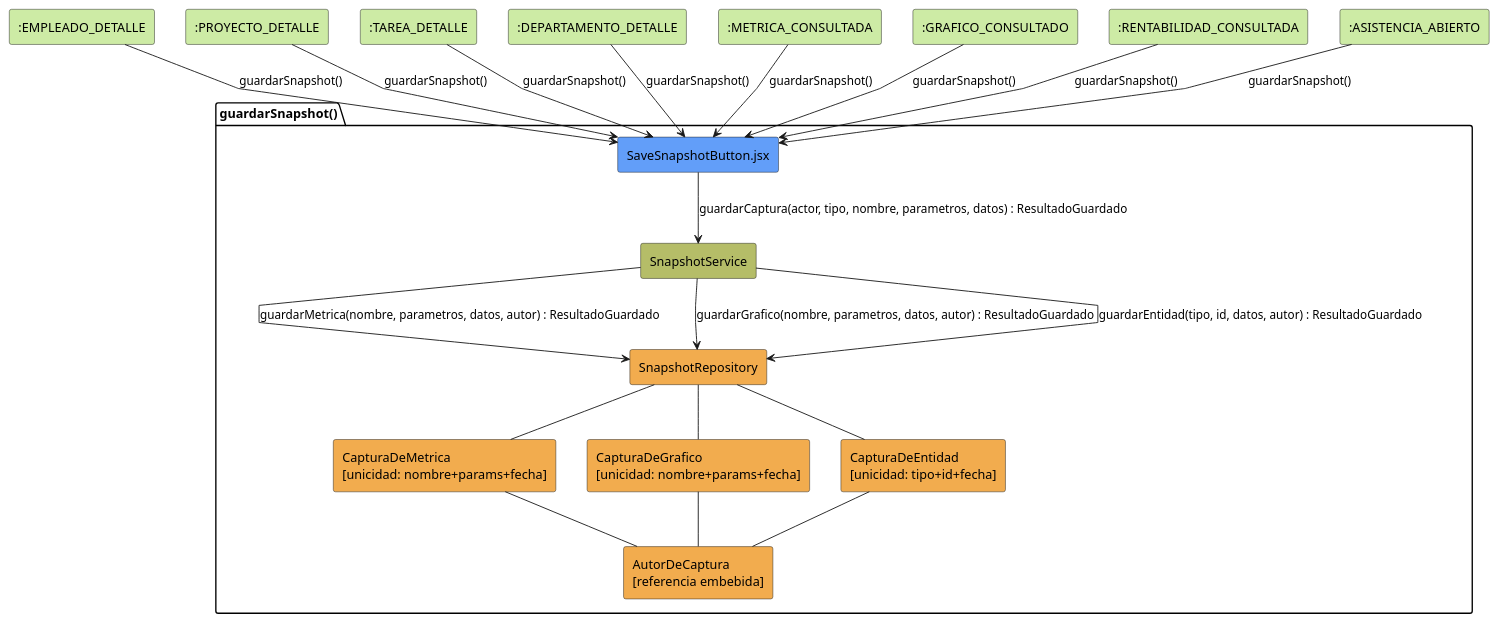
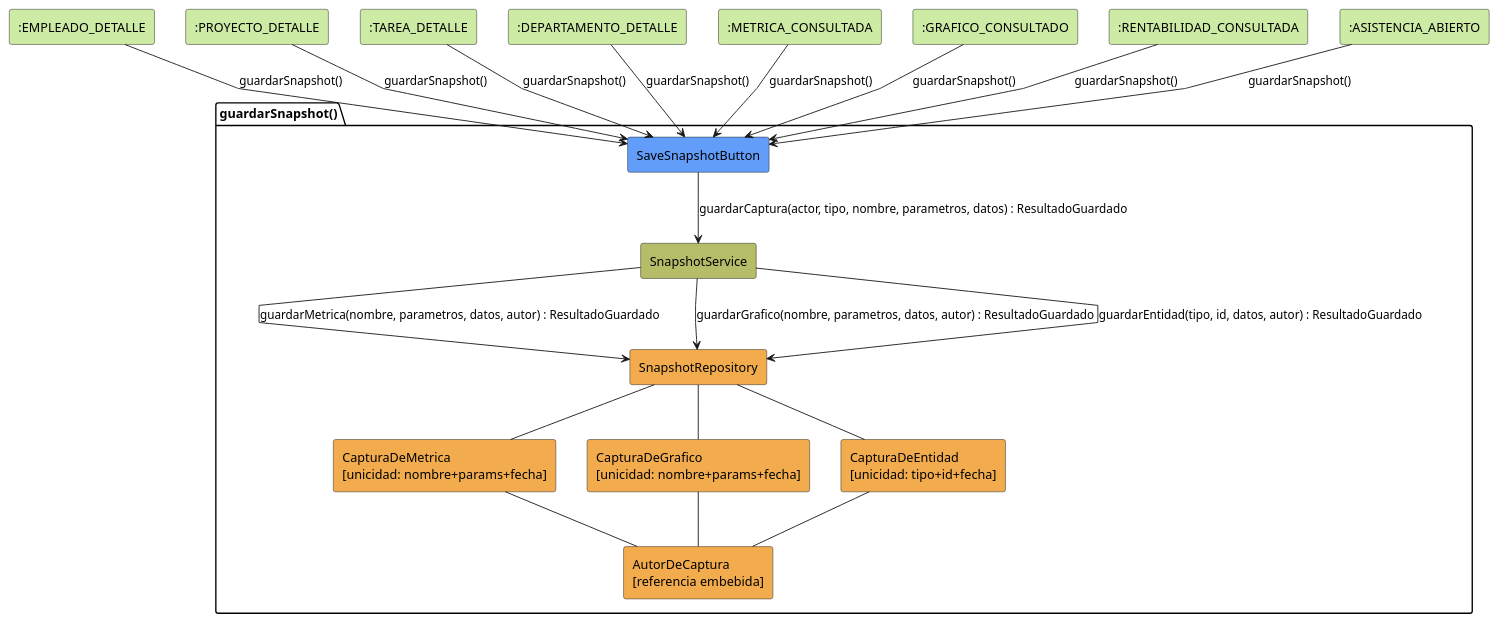
The diagram in Estudiantes/cesar-garcia-eguiguren/Capítulo-3/diagramas/análisis/cu_17.puml (ceesargaarcia/GII-TFG-2026), drawn with PlantUML before and after one commit. The commit also changed 26 other files, not shown here.

```diff
--- a/Estudiantes/cesar-garcia-eguiguren/Capítulo-3/diagramas/análisis/cu_17.puml
+++ b/Estudiantes/cesar-garcia-eguiguren/Capítulo-3/diagramas/análisis/cu_17.puml
@@ -1,43 +1,43 @@
 @startuml CU17-guardarSnapshot-analisis
 skinparam linetype polyline
 
 rectangle #CDEBA5 ":EMPLEADO_DETALLE" as EntradaEmp
 rectangle #CDEBA5 ":PROYECTO_DETALLE" as EntradaProj
 rectangle #CDEBA5 ":TAREA_DETALLE" as EntradaTarea
 rectangle #CDEBA5 ":DEPARTAMENTO_DETALLE" as EntradaDept
 rectangle #CDEBA5 ":METRICA_CONSULTADA" as EntradaMetrica
 rectangle #CDEBA5 ":GRAFICO_CONSULTADO" as EntradaGrafico
 rectangle #CDEBA5 ":RENTABILIDAD_CONSULTADA" as EntradaRent
 rectangle #CDEBA5 ":ASISTENCIA_ABIERTO" as EntradaAsistencia
 
 package "guardarSnapshot()" {
-    rectangle #629EF9 "SaveSnapshotButton.jsx" as View
+    rectangle #629EF9 "SaveSnapshotButton" as View
     rectangle #b5bd68 "SnapshotService" as Service
     rectangle #F2AC4E "SnapshotRepository" as Repo
     rectangle #F2AC4E "CapturaDeMetrica\n[unicidad: nombre+params+fecha]" as MetricaColl
     rectangle #F2AC4E "CapturaDeGrafico\n[unicidad: nombre+params+fecha]" as GraficoColl
     rectangle #F2AC4E "CapturaDeEntidad\n[unicidad: tipo+id+fecha]" as EntidadColl
     rectangle #F2AC4E "AutorDeCaptura\n[referencia embebida]" as Autor
 }
 
 EntradaEmp --> View : guardarSnapshot()
 EntradaProj --> View : guardarSnapshot()
 EntradaMetrica --> View : guardarSnapshot()
 EntradaGrafico --> View : guardarSnapshot()
 EntradaRent --> View : guardarSnapshot()
 EntradaAsistencia --> View : guardarSnapshot()
 EntradaTarea --> View : guardarSnapshot()
 EntradaDept --> View : guardarSnapshot()
 
 View -d-> Service : guardarCaptura(actor, tipo, nombre, parametros, datos) : ResultadoGuardado
 Service --> Repo : guardarMetrica(nombre, parametros, datos, autor) : ResultadoGuardado
 Service --> Repo : guardarGrafico(nombre, parametros, datos, autor) : ResultadoGuardado
 Service --> Repo : guardarEntidad(tipo, id, datos, autor) : ResultadoGuardado
 Repo -- MetricaColl
 Repo -- GraficoColl
 Repo -- EntidadColl
 MetricaColl -- Autor
 GraficoColl -- Autor
 EntidadColl -- Autor
 
 @enduml
```
